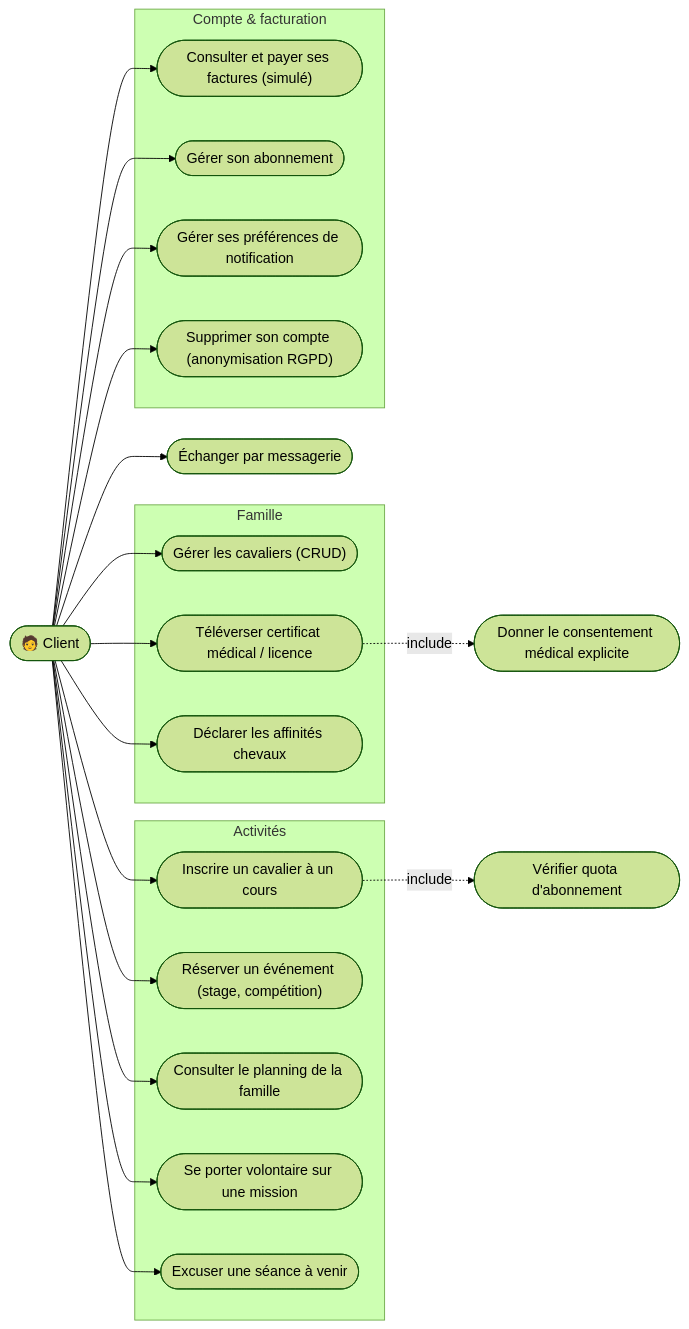
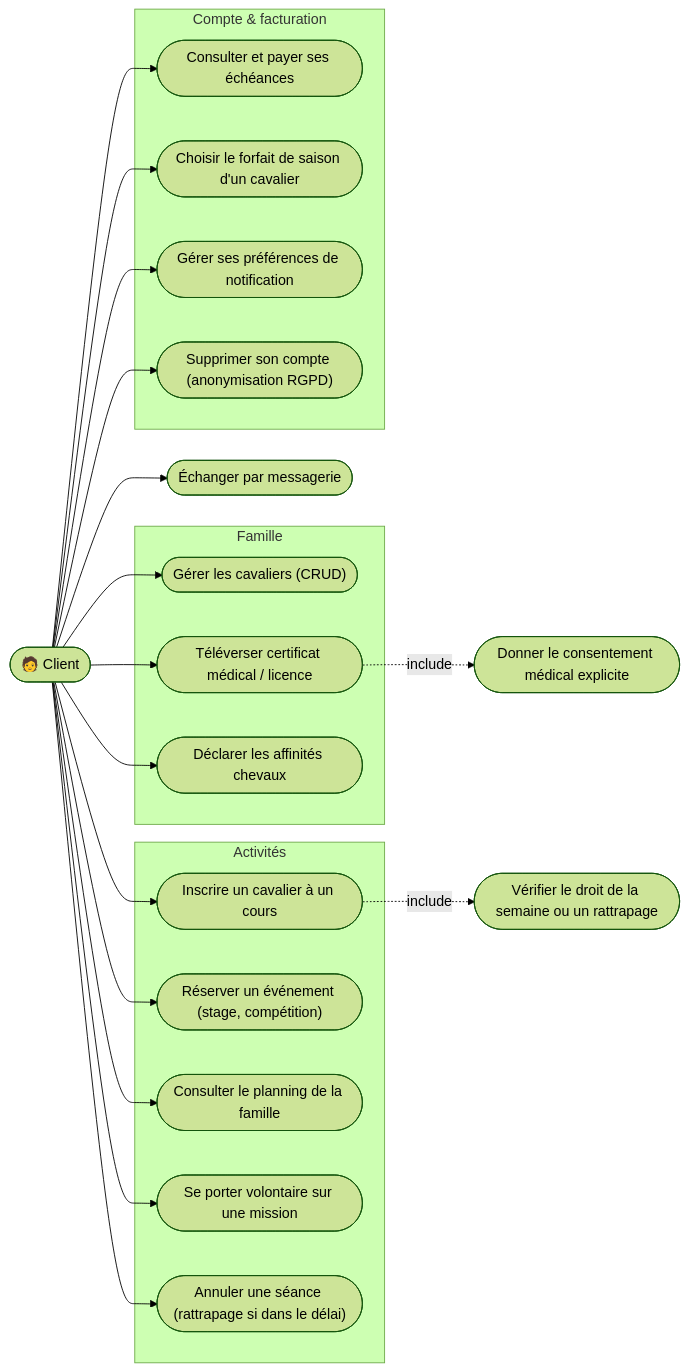
The second of 4 diagrams in docs/uml/cas-utilisation.md (Floxde99/Equime), drawn with Mermaid (forest theme) before and after one commit. The commit also changed 9 other files, not shown here.

````diff
--- a/docs/uml/cas-utilisation.md
+++ b/docs/uml/cas-utilisation.md
@@ -21,31 +21,31 @@
 ```mermaid
 flowchart LR
     C(["🧑 Client"])
 
     subgraph Famille
         F1(["Gérer les cavaliers (CRUD)"])
         F2(["Téléverser certificat médical / licence"])
         F3(["Déclarer les affinités chevaux"])
     end
     subgraph Activités
         A1(["Inscrire un cavalier à un cours"])
         A2(["Réserver un événement (stage, compétition)"])
         A3(["Consulter le planning de la famille"])
         A4(["Se porter volontaire sur une mission"])
-        A5(["Excuser une séance à venir"])
+        A5(["Annuler une séance (rattrapage si dans le délai)"])
     end
     subgraph "Compte & facturation"
-        B1(["Consulter et payer ses factures (simulé)"])
-        B2(["Gérer son abonnement"])
+        B1(["Consulter et payer ses échéances"])
+        B2(["Choisir le forfait de saison d'un cavalier"])
         B3(["Gérer ses préférences de notification"])
         B4(["Supprimer son compte (anonymisation RGPD)"])
     end
     M1(["Échanger par messagerie"])
 
     C --> F1 & F2 & F3
     C --> A1 & A2 & A3 & A4 & A5
     C --> B1 & B2 & B3 & B4
     C --> M1
     F2 -.->|include| F2b(["Donner le consentement médical explicite"])
-    A1 -.->|include| A1b(["Vérifier quota d'abonnement"])
+    A1 -.->|include| A1b(["Vérifier le droit de la semaine ou un rattrapage"])
 ```
````
